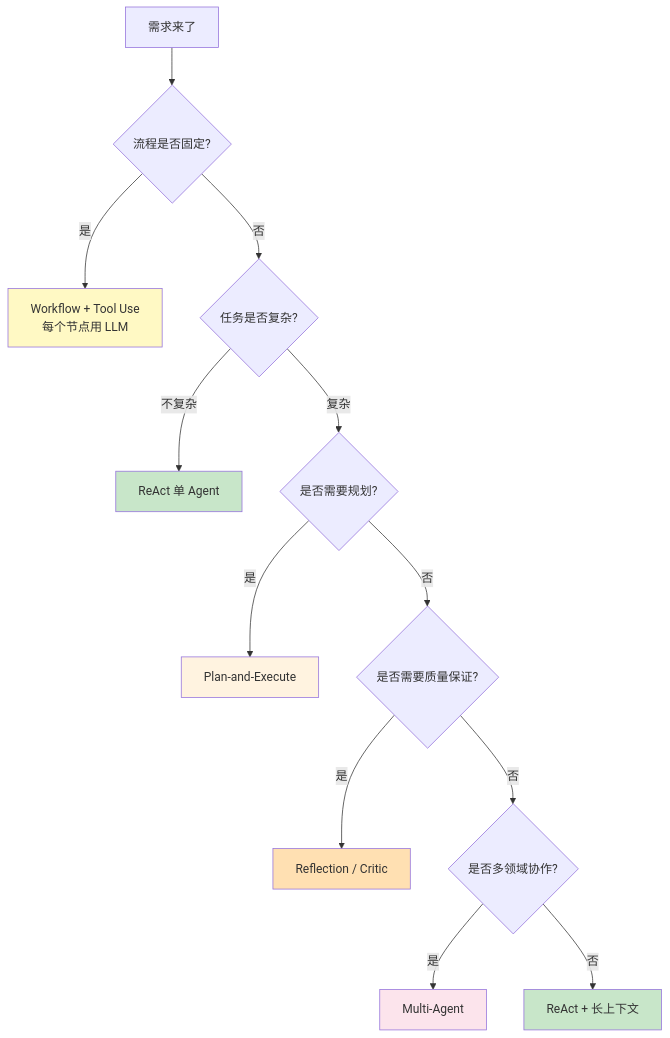
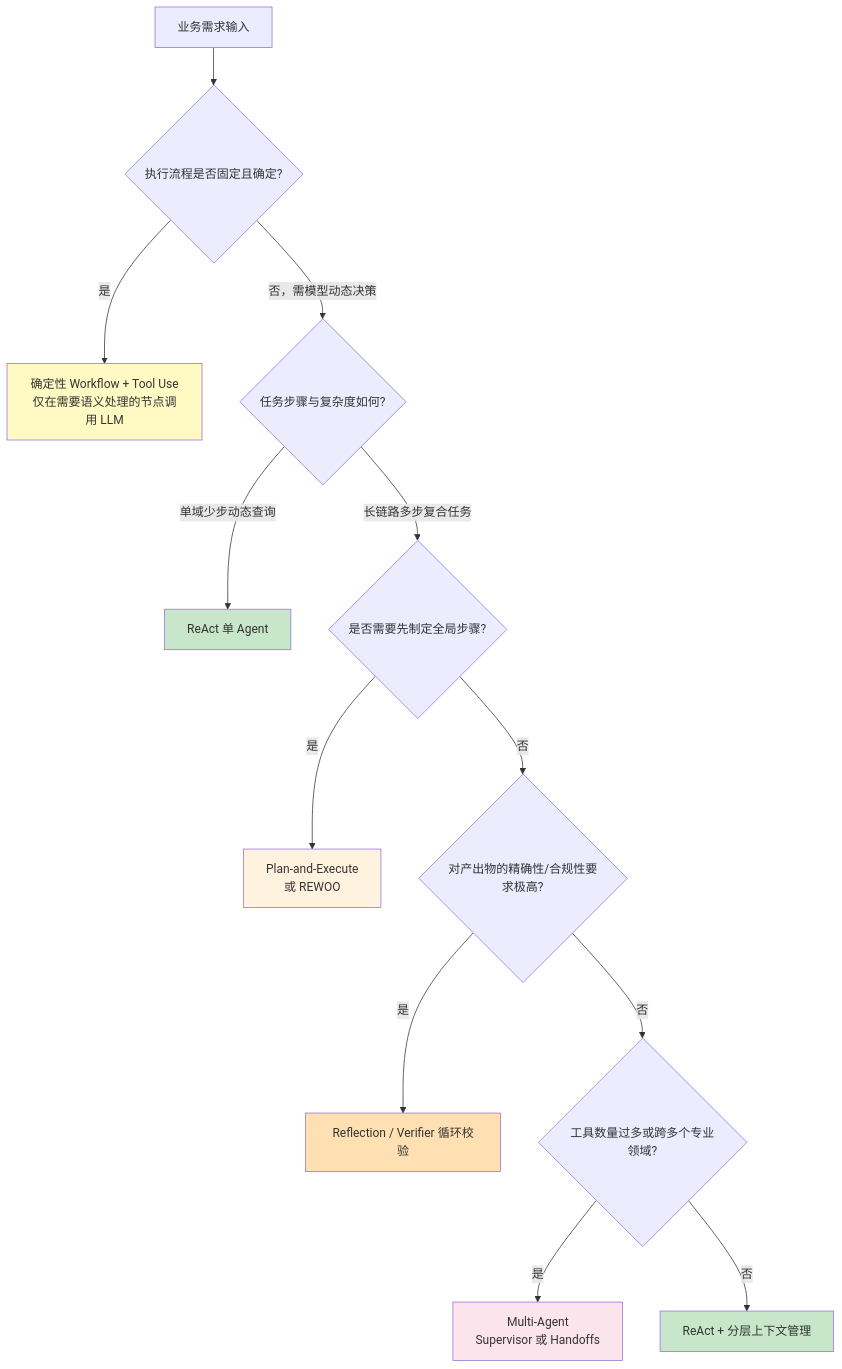
Diagram 11 of 14 in 10-AI应用开发/00-总览/AI应用开发学习路径.md (GuoWWWX/knowledge-base), drawn with Mermaid before and after one commit. The commit also changed other lines of this file and 251 other files, not shown here.

````diff
--- a/10-AI应用开发/00-总览/AI应用开发学习路径.md
+++ b/10-AI应用开发/00-总览/AI应用开发学习路径.md
@@ -1096,21 +1053,21 @@
 ```mermaid
 flowchart TD
-    A[需求来了] --> B{流程是否固定?}
-    B -->|是| C[Workflow + Tool Use<br/>每个节点用 LLM]
-    B -->|否| D{任务是否复杂?}
-    D -->|不复杂| E[ReAct 单 Agent]
-    D -->|复杂| F{是否需要规划?}
-    F -->|是| G[Plan-and-Execute]
-    F -->|否| H{是否需要质量保证?}
-    H -->|是| I[Reflection / Critic]
-    H -->|否| J{是否多领域协作?}
-    J -->|是| K[Multi-Agent]
-    J -->|否| L[ReAct + 长上下文]
+    A[业务需求输入] --> B{执行流程是否固定且确定?}
+    B -->|是| C[确定性 Workflow + Tool Use<br/>仅在需要语义处理的节点调用 LLM]
+    B -->|否，需模型动态决策| D{任务步骤与复杂度如何?}
+    D -->|单域少步动态查询| E[ReAct 单 Agent]
+    D -->|长链路多步复合任务| F{是否需要先制定全局步骤?}
+    F -->|是| G[Plan-and-Execute<br/>或 REWOO]
+    F -->|否| H{对产出物的精确性/合规性要求极高?}
+    H -->|是| I[Reflection / Verifier 循环校验]
+    H -->|否| J{工具数量过多或跨多个专业领域?}
+    J -->|是| K[Multi-Agent<br/>Supervisor 或 Handoffs]
+    J -->|否| L[ReAct + 分层上下文管理]
     
     style C fill:#fff9c4
     style E fill:#c8e6c9
     style G fill:#fff3e0
     style I fill:#ffe0b2
     style K fill:#fce4ec
     style L fill:#c8e6c9
 ```
````
